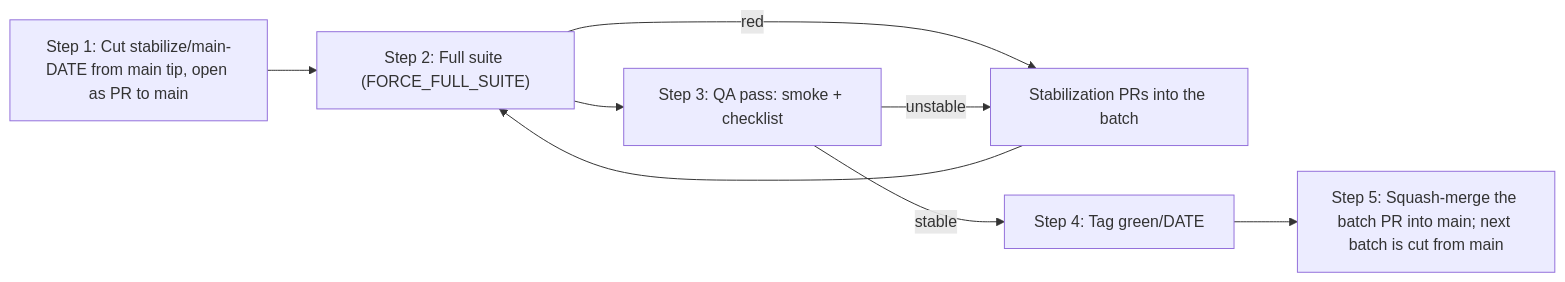
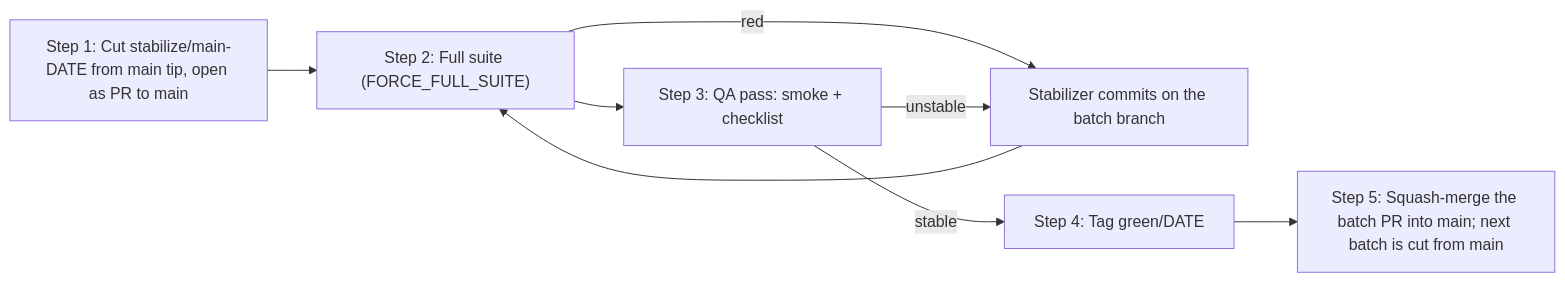
The fourth of 10 diagrams in .ai/specs/2026-11-25-batch-merge-and-green-tag-release-process.md (open-mercato/open-mercato), drawn with Mermaid before and after one commit. The commit also changed other lines of this file and 11 other files, not shown here.

````diff
--- a/.ai/specs/2026-11-25-batch-merge-and-green-tag-release-process.md
+++ b/.ai/specs/2026-11-25-batch-merge-and-green-tag-release-process.md
@@ -295,10 +295,10 @@
 ```mermaid
 flowchart LR
   C["Step 1: Cut stabilize/main-DATE from main tip, open as PR to main"] --> FS["Step 2: Full suite (FORCE_FULL_SUITE)"]
   FS --> QA["Step 3: QA pass: smoke + checklist"]
-  FS -->|"red"| FIX["Stabilization PRs into the batch"]
+  FS -->|"red"| FIX["Stabilizer commits on the batch branch"]
   QA -->|"unstable"| FIX
   FIX --> FS
   QA -->|"stable"| TAG["Step 4: Tag green/DATE"]
   TAG --> MB["Step 5: Squash-merge the batch PR into main; next batch is cut from main"]
 ```
````
